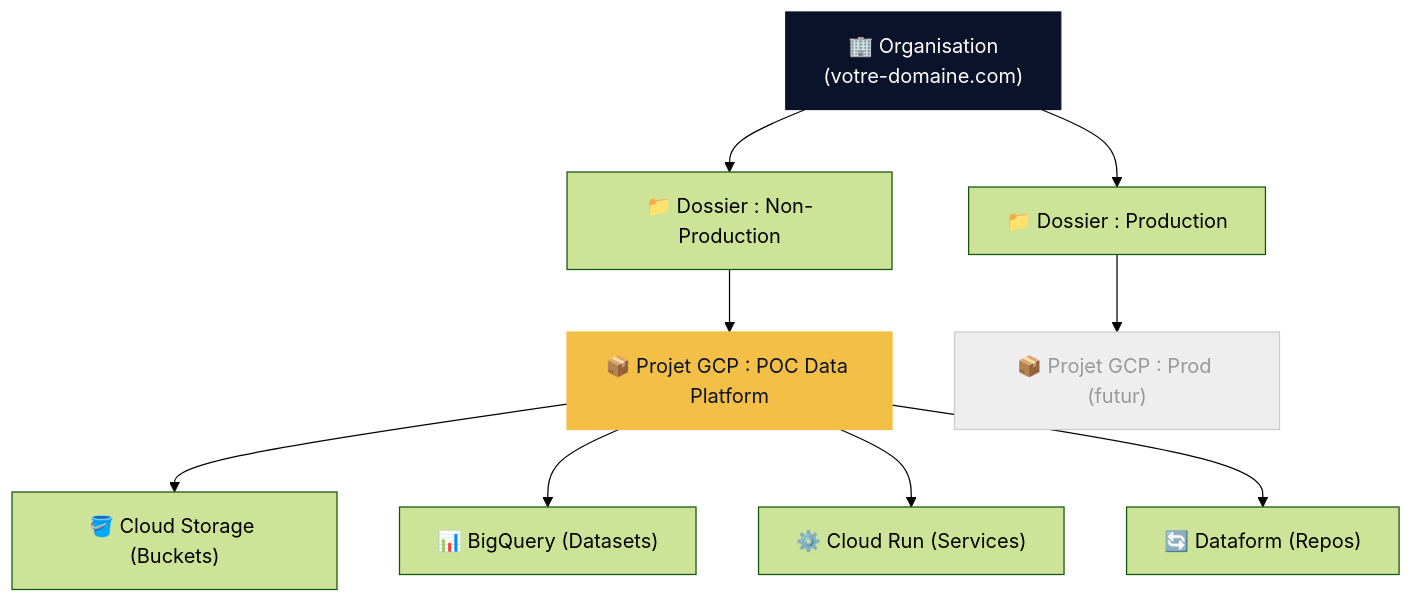
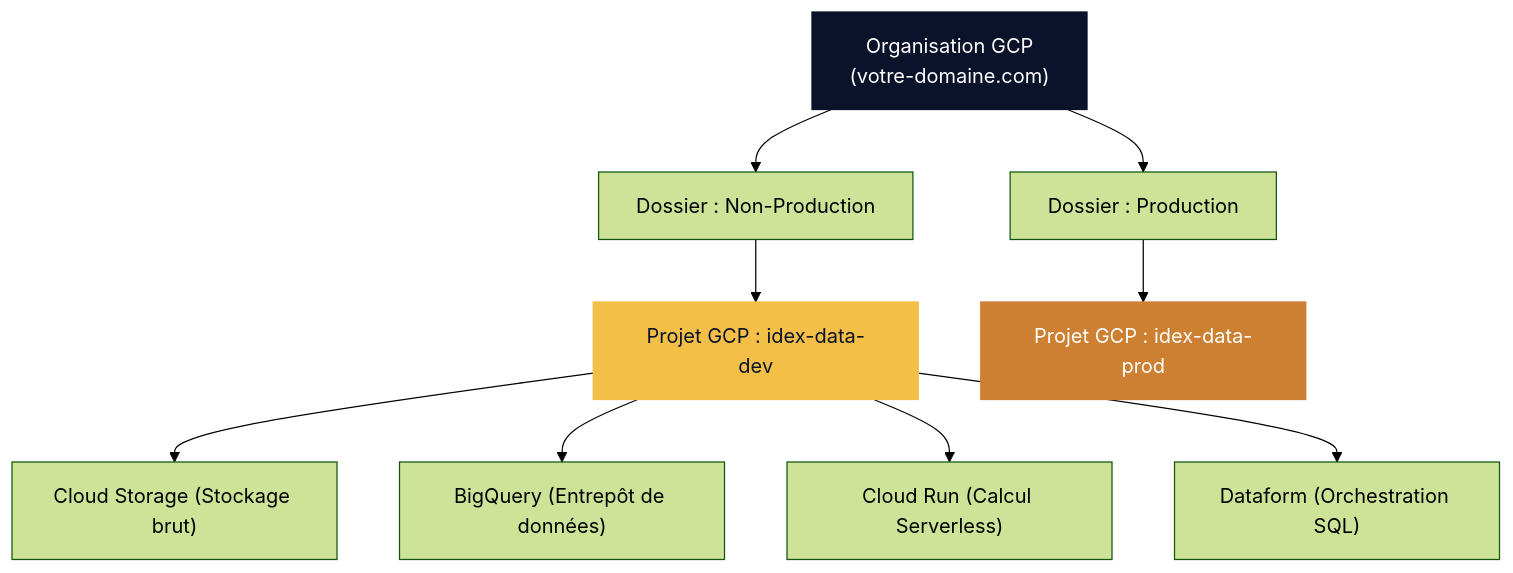
One commit to maxencenho-cloud/data-platform-runbook changed the first of 5 diagrams in docs/ATELIER_01_ARCHITECTURE.md. Above: the diagram before and after it, drawn with Mermaid (forest theme). The commit also changed other lines of this file and 1 other file, not shown here.

Commit message:
docs: update architecture documentation and add support for data ingestion specifications

````diff
--- a/docs/ATELIER_01_ARCHITECTURE.md
+++ b/docs/ATELIER_01_ARCHITECTURE.md
@@ -18,17 +18,17 @@
 ```mermaid
 graph TD
-    A["🏢 Organisation<br/>(votre-domaine.com)"] --> B["📁 Dossier : Production"]
-    A --> C["📁 Dossier : Non-Production"]
+    A["Organisation GCP<br/>(votre-domaine.com)"] --> B["Dossier : Production"]
+    A --> C["Dossier : Non-Production"]
     
-    C --> D["📦 Projet GCP : POC Data Platform"]
-    B --> E["📦 Projet GCP : Prod (futur)"]
+    C --> D["Projet GCP : idex-data-dev"]
+    B --> E["Projet GCP : idex-data-prod"]
     
-    D --> F["🪣 Cloud Storage (Buckets)"]
-    D --> G["📊 BigQuery (Datasets)"]
-    D --> H["⚙️ Cloud Run (Services)"]
-    D --> I["🔄 Dataform (Repos)"]
+    D --> F["Cloud Storage (Stockage brut)"]
+    D --> G["BigQuery (Entrepôt de données)"]
+    D --> H["Cloud Run (Calcul Serverless)"]
+    D --> I["Dataform (Orchestration SQL)"]
     
     style A fill:#0b132b,stroke:#0b132b,color:#fff
     style D fill:#F4BF46,stroke:#F4BF46,color:#0b132b
-    style E fill:#eeeeee,stroke:#ccc,color:#999
+    style E fill:#cd7f32,stroke:#cd7f32,color:#fff
 ```
````
